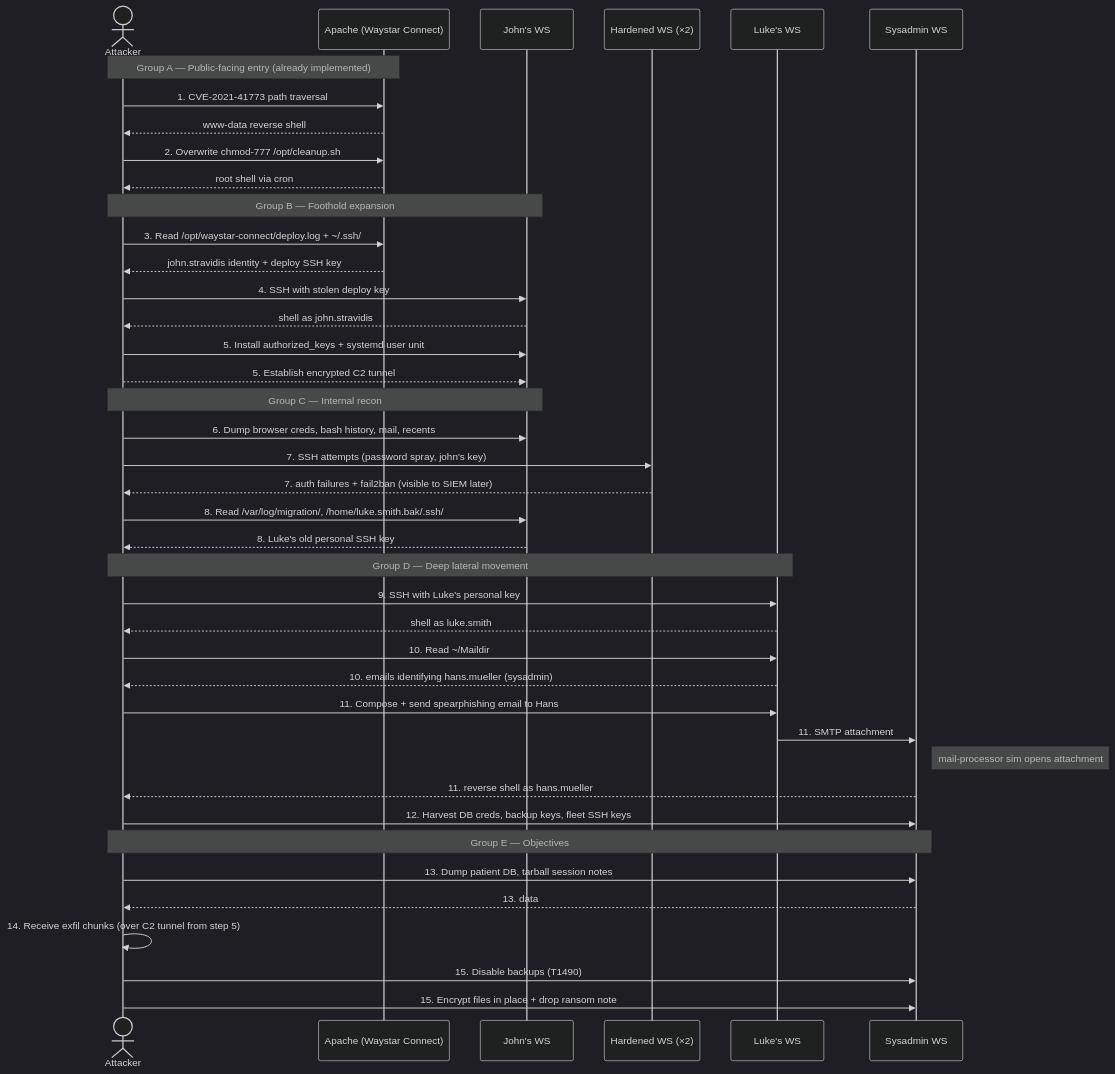
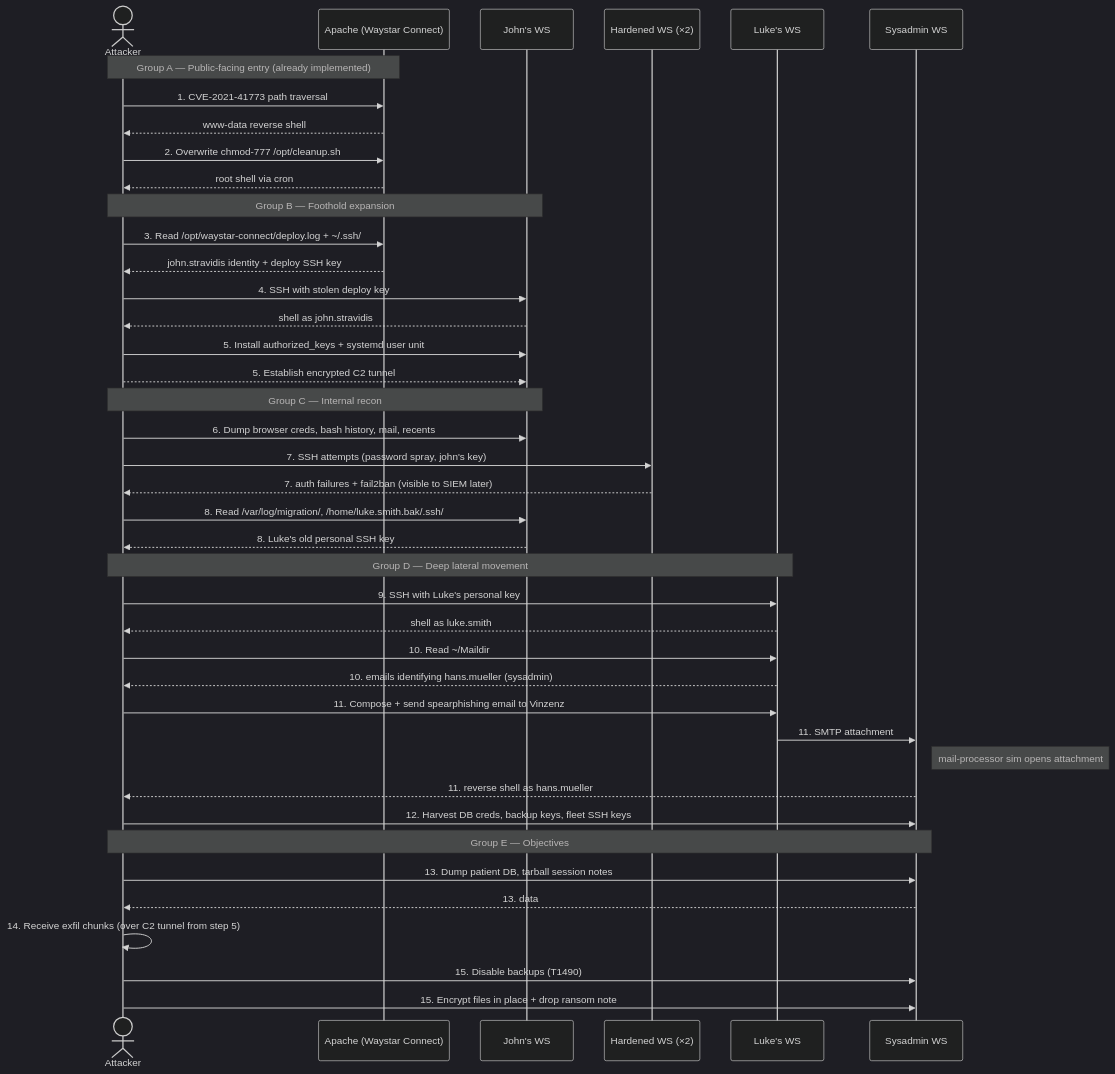
Before and after one commit to swscrum/ATT-CK_Scenario: the diagram in Documentation/attack_plan.md, drawn with Mermaid (dark theme). The commit also changed other lines of this file and 37 other files, not shown here.

````diff
--- a/Documentation/attack_plan.md
+++ b/Documentation/attack_plan.md
@@ -48,48 +71,48 @@
 ```mermaid
 sequenceDiagram
     actor Att as Attacker
     participant Web as Apache (Waystar Connect)
     participant J as John's WS
     participant H as Hardened WS (×2)
     participant R as Luke's WS
     participant S as Sysadmin WS
 
     Note over Att,Web: Group A — Public-facing entry (already implemented)
     Att->>Web: 1. CVE-2021-41773 path traversal
     Web-->>Att: www-data reverse shell
     Att->>Web: 2. Overwrite chmod-777 /opt/cleanup.sh
     Web-->>Att: root shell via cron
 
     Note over Att,J: Group B — Foothold expansion
     Att->>Web: 3. Read /opt/waystar-connect/deploy.log + ~/.ssh/
     Web-->>Att: john.stravidis identity + deploy SSH key
     Att->>J: 4. SSH with stolen deploy key
     J-->>Att: shell as john.stravidis
     Att->>J: 5. Install authorized_keys + systemd user unit
     Att-->>J: 5. Establish encrypted C2 tunnel
     
     Note over Att,J: Group C — Internal recon
     Att->>J: 6. Dump browser creds, bash history, mail, recents
     Att->>H: 7. SSH attempts (password spray, john's key)
     H-->>Att: 7. auth failures + fail2ban (visible to SIEM later)
     Att->>J: 8. Read /var/log/migration/, /home/luke.smith.bak/.ssh/
     J-->>Att: 8. Luke's old personal SSH key
 
     Note over Att,R: Group D — Deep lateral movement
     Att->>R: 9. SSH with Luke's personal key
     R-->>Att: shell as luke.smith
     Att->>R: 10. Read ~/Maildir
     R-->>Att: 10. emails identifying hans.mueller (sysadmin)
-    Att->>R: 11. Compose + send spearphishing email to Hans
+    Att->>R: 11. Compose + send spearphishing email to Vinzenz
     R->>S: 11. SMTP attachment
     Note right of S: mail-processor sim opens attachment
     S-->>Att: 11. reverse shell as hans.mueller
     Att->>S: 12. Harvest DB creds, backup keys, fleet SSH keys
 
     Note over Att,S: Group E — Objectives
     Att->>S: 13. Dump patient DB, tarball session notes
     S-->>Att: 13. data
     Att->>Att: 14. Receive exfil chunks (over C2 tunnel from step 5)
     Att->>S: 15. Disable backups (T1490)
     Att->>S: 15. Encrypt files in place + drop ransom note
 ```
````
